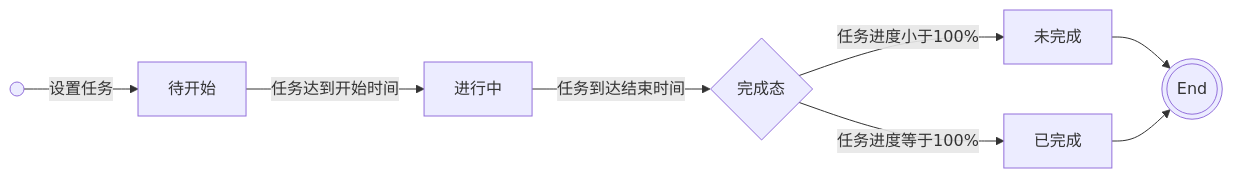
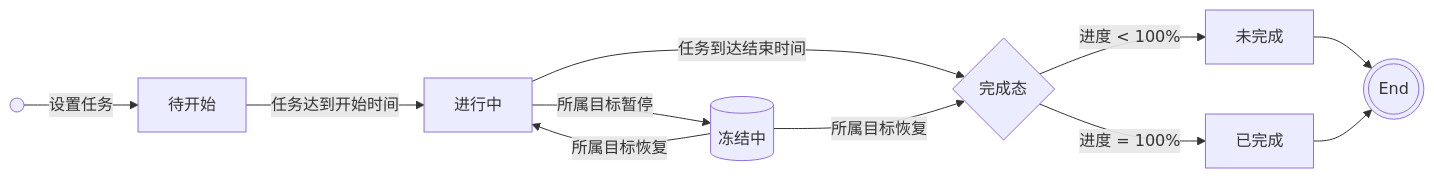
One commit to Junlin-Robin/wz_study changed the second of 7 diagrams in docs/program/weapp-connor.md. Above: the diagram before and after it, drawn with Mermaid. The commit also changed other lines of this file, not shown here.

````diff
--- a/docs/program/weapp-connor.md
+++ b/docs/program/weapp-connor.md
@@ -93,12 +92,15 @@
 ```mermaid
 graph LR
 A@{ shape: sm-circ, label: "Start" }
 E@{ shape: dbl-circ, label: "End" }
 A --> |设置任务| a[待开始]
 a --> |任务达到开始时间| b[进行中]
 b --> |任务到达结束时间| c{完成态}
-c --> |任务进度小于100%| d[未完成]
-c --> |任务进度等于100%| e[已完成]
+b --> |所属目标暂停| frezee[(冻结中)]
+frezee --> |所属目标恢复| b
+frezee --> |所属目标恢复| c
+c --> |进度 < 100%| d[未完成]
+c --> |进度 = 100%| e[已完成]
 d --> E
 e --> E
 ```
````
